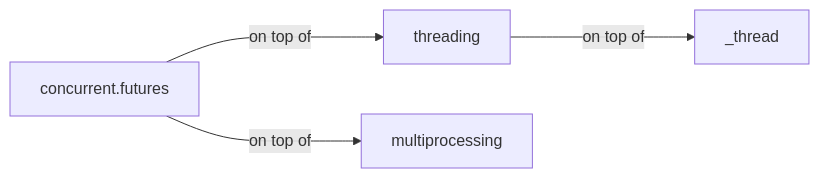
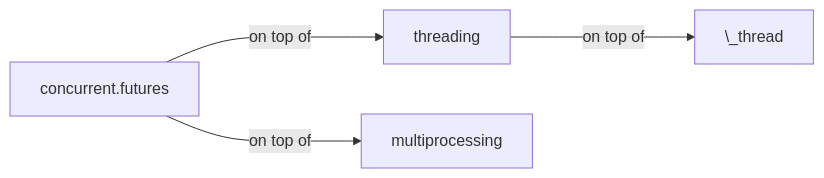
Before and after one commit to copdips/copdips.github.io: the diagram in _posts/2021/2021-09-04-python-asyncio.md, drawn with Mermaid. The commit also changed 2 other files, not shown here.

Commit message:
test mermaid in html

````diff
--- a/_posts/2021/2021-09-04-python-asyncio.md
+++ b/_posts/2021/2021-09-04-python-asyncio.md
@@ -24,7 +24,7 @@
-```mermaid!
-flowchart LR
+<div class="mermaid">
+graph LR
   concurrent.futures --->| on top of | threading
   concurrent.futures --->| on top of | multiprocessing
-  threading --->| on top of | _thread
+  threading --->| on top of | \_thread
   click concurrent.futures "https://docs.python.org/3.9/library/concurrent.futures.html" _blank
-```
+</div>
````
